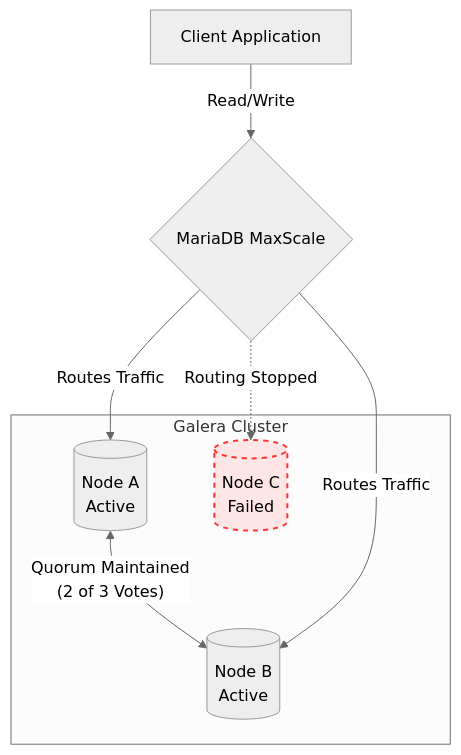
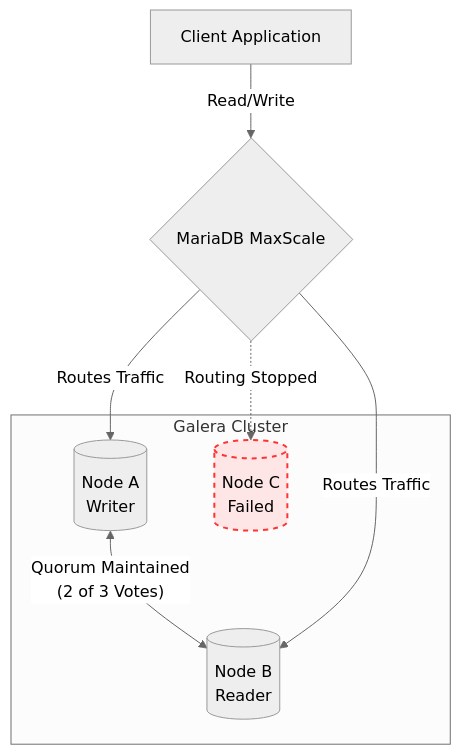
Before and after one commit to mariadb-corporation/mariadb-docs: the third of 4 diagrams in mariadb-cloud/quickstart/mariadb-cloud-galera-clusters.md, drawn with Mermaid (neutral theme). The commit also changed other lines of this file, not shown here.

````diff
--- a/mariadb-cloud/quickstart/mariadb-cloud-galera-clusters.md
+++ b/mariadb-cloud/quickstart/mariadb-cloud-galera-clusters.md
@@ -130,18 +134,18 @@
 ```mermaid
 flowchart TD
     App["Client Application"] -->|"Read/Write"| MS{"MariaDB MaxScale"}
     
     subgraph Cluster ["Galera Cluster"]
-        NA[("Node A<br>Active")]
-        NB[("Node B<br>Active")]
+        NA[("Node A<br>Writer")]
+        NB[("Node B<br>Reader")]
         NC[("Node C<br>Failed")]
         
         NA <-->|"Quorum Maintained<br>(2 of 3 Votes)"| NB
     end
     
     MS -->|"Routes Traffic"| NA
     MS -->|"Routes Traffic"| NB
     MS -.->|"Routing Stopped"| NC
     
     style NC fill:#ffe6e6,stroke:#ff3333,stroke-width:2px,stroke-dasharray: 5 5
 ```
````
